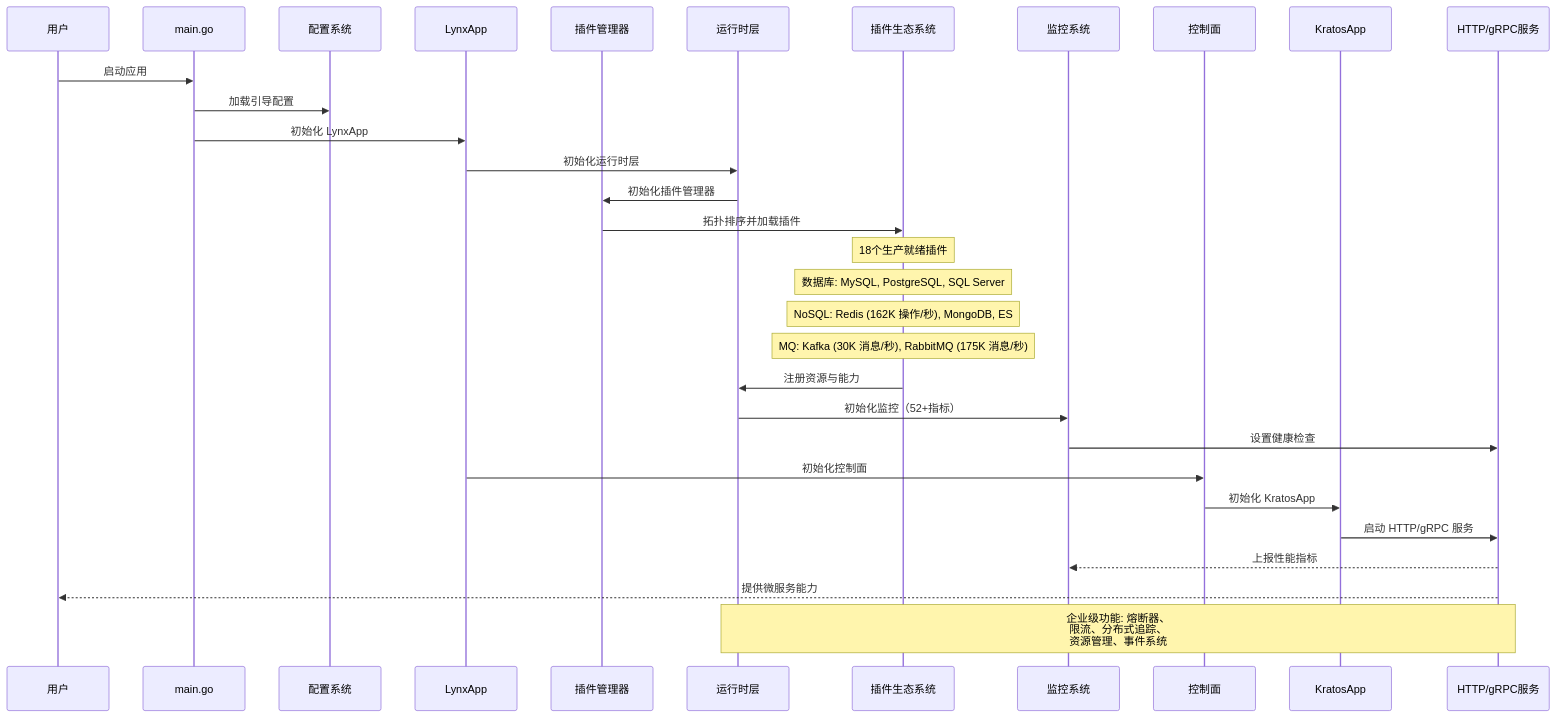
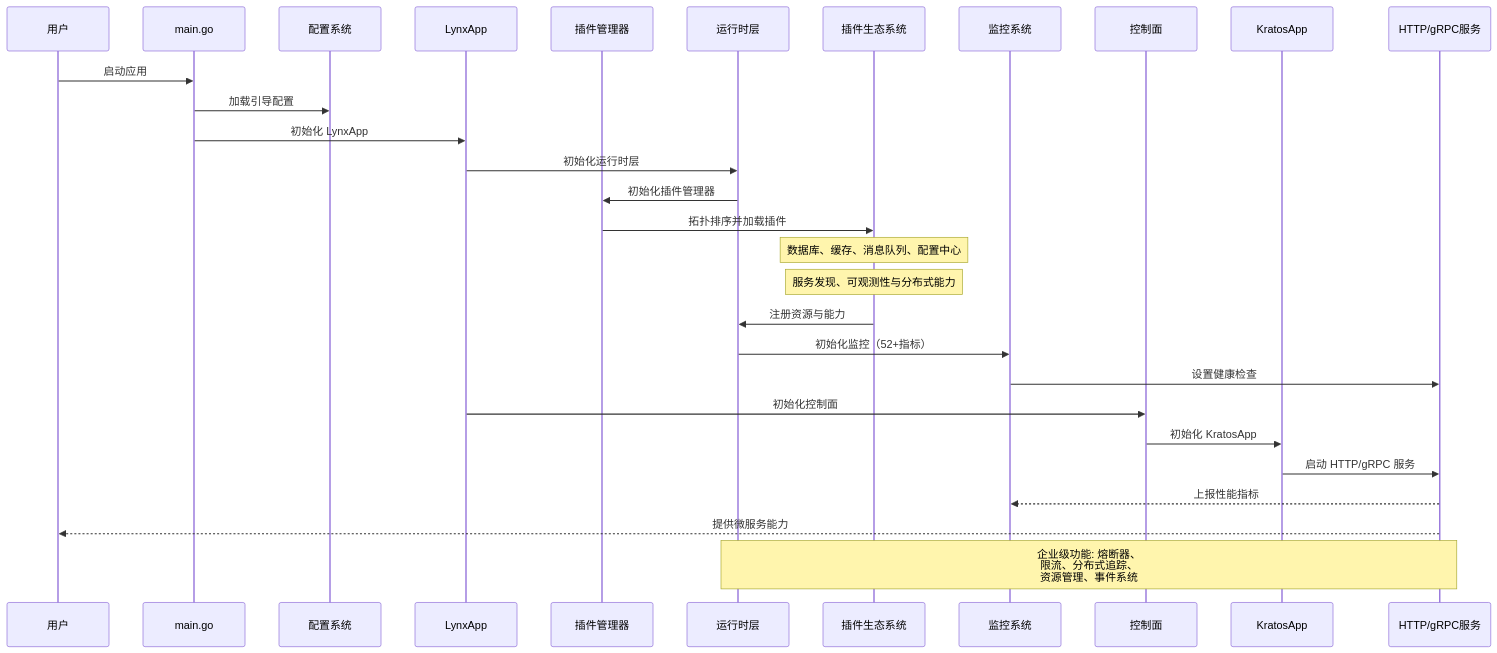
Before and after one commit to go-lynx/lynx.github.cn: the second of 2 diagrams in i18n/zh/docusaurus-plugin-content-docs/current/intro/04-arch.md, drawn with Mermaid. The commit also changed other lines of this file and 5 other files, not shown here.

First line of the commit message:
docs(guide): update quick start and architecture documentation

````diff
--- a/i18n/zh/docusaurus-plugin-content-docs/current/intro/04-arch.md
+++ b/i18n/zh/docusaurus-plugin-content-docs/current/intro/04-arch.md
@@ -72,39 +72,37 @@
 ```mermaid
 sequenceDiagram
     participant User as 用户
     participant Main as main.go
     participant Config as 配置系统
     participant LynxApp as LynxApp
     participant PluginMgr as 插件管理器
     participant Runtime as 运行时层
     participant Plugins as 插件生态系统
     participant Monitor as 监控系统
     participant Control as 控制面
     participant Kratos as KratosApp
     participant Service as HTTP/gRPC服务
 
     User->>Main: 启动应用
     Main->>Config: 加载引导配置
     Main->>LynxApp: 初始化 LynxApp
     LynxApp->>Runtime: 初始化运行时层
     Runtime->>PluginMgr: 初始化插件管理器
     PluginMgr->>Plugins: 拓扑排序并加载插件
     
-    Note over Plugins: 18个生产就绪插件
-    Note over Plugins: 数据库: MySQL, PostgreSQL, SQL Server
-    Note over Plugins: NoSQL: Redis (162K 操作/秒), MongoDB, ES
-    Note over Plugins: MQ: Kafka (30K 消息/秒), RabbitMQ (175K 消息/秒)
+    Note over Plugins: 数据库、缓存、消息队列、配置中心
+    Note over Plugins: 服务发现、可观测性与分布式能力
     
     Plugins->>Runtime: 注册资源与能力
     Runtime->>Monitor: 初始化监控（52+指标）
     Monitor->>Service: 设置健康检查
     
     LynxApp->>Control: 初始化控制面
     Control->>Kratos: 初始化 KratosApp
     Kratos->>Service: 启动 HTTP/gRPC 服务
     
     Service-->>Monitor: 上报性能指标
     Service-->>User: 提供微服务能力
     
     Note over Runtime,Service: 企业级功能: 熔断器、<br/>限流、分布式追踪、<br/>资源管理、事件系统
 ```
````
